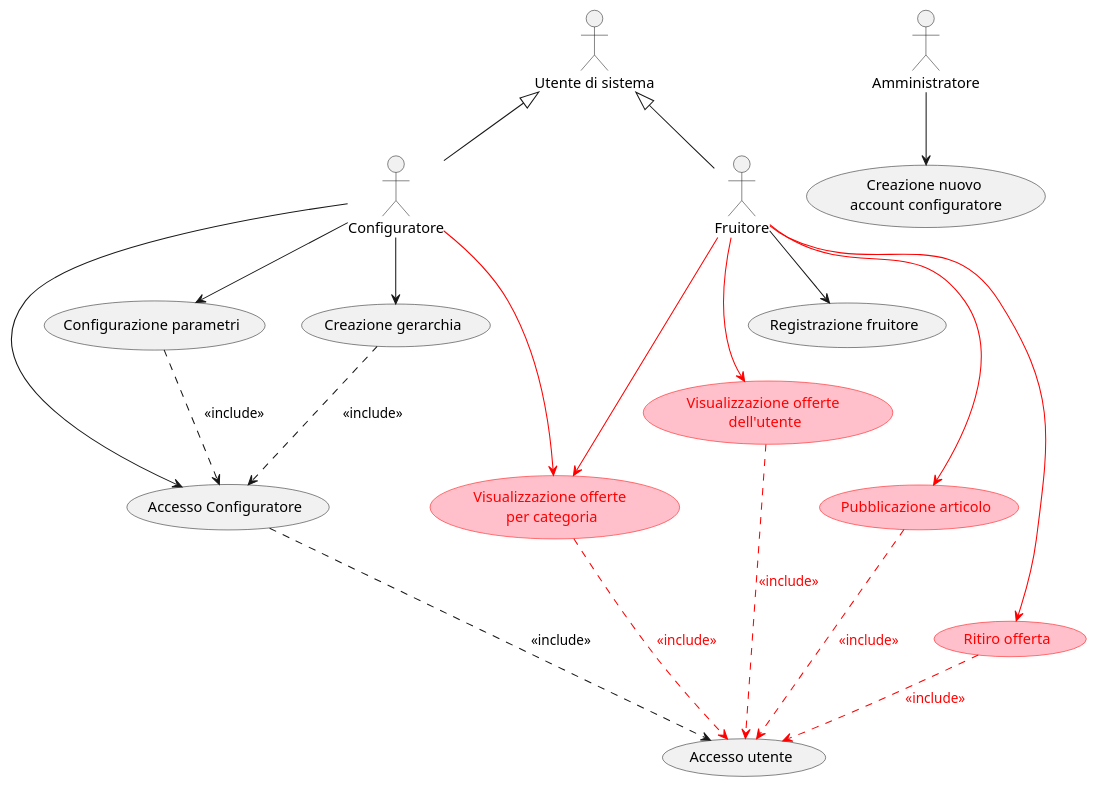
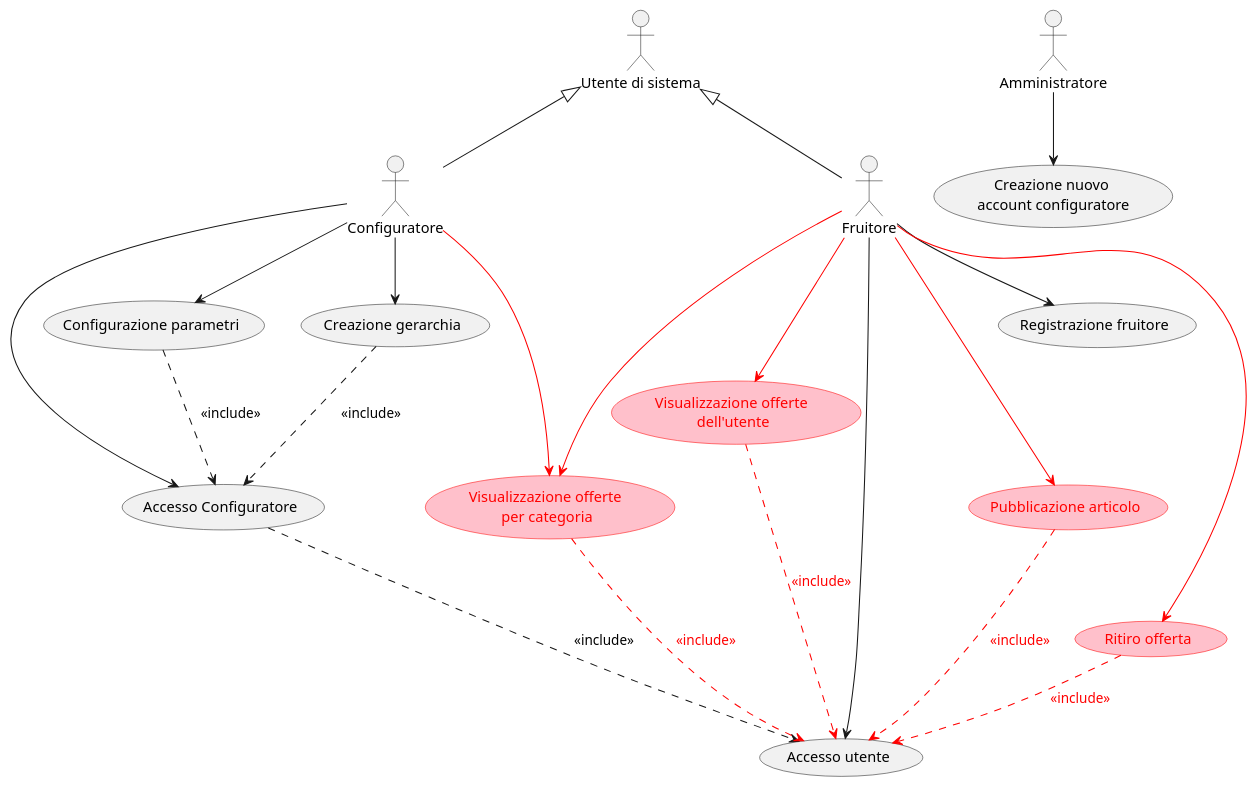
One commit to Matlice/ing_sw_2022 changed the diagram in DOC/VER3/diagrams/use_case/version_3.puml. Above: the diagram before and after it, drawn with PlantUML. The commit also changed 7 other files, not shown here.

```diff
--- a/DOC/VER3/diagrams/use_case/version_3.puml
+++ b/DOC/VER3/diagrams/use_case/version_3.puml
@@ -1,50 +1,51 @@
 @startuml
 
 :Utente di sistema: as user
 :Configuratore: as conf
 :Amministratore: as adm
 
 conf -up-|> user
 conf --> (Accesso Configuratore)
 conf --> (Creazione gerarchia)
 
 adm --> (Creazione nuovo \naccount configuratore)
 
 (Accesso Configuratore) ..> (Accesso utente): <<include>>
 (Creazione gerarchia) ..> (Accesso Configuratore): <<include>>
 
 :Fruitore: as fruit
 
 fruit -up-|> user
 
 (Configurazione parametri)
 (Registrazione fruitore)
 
 conf --> (Configurazione parametri)
 fruit --> (Registrazione fruitore)
+fruit --> (Accesso utente)
 (Configurazione parametri) ..> (Accesso Configuratore) : <<include>>
 
 
 'VERSIONE 3 ==========================================
 
 (Pubblicazione articolo) #pink;line:red;text:red
 (Ritiro offerta) #pink;line:red;text:red
 (Visualizzazione offerte \nper categoria) #pink;line:red;text:red
 (Visualizzazione offerte \ndell'utente) #pink;line:red;text:red
 
 fruit --> (Pubblicazione articolo) #red;text:red
 fruit --> (Ritiro offerta) #red;text:red
 fruit --> (Visualizzazione offerte \nper categoria) #red;text:red
 conf --> (Visualizzazione offerte \nper categoria) #red;text:red
 fruit --> (Visualizzazione offerte \ndell'utente) #red;text:red
 
 (Creazione gerarchia) -[hidden]- (Visualizzazione offerte \nper categoria)
 (Registrazione fruitore) -[hidden]- (Pubblicazione articolo)
 (Pubblicazione articolo) -[hidden]- (Ritiro offerta)
 
 (Visualizzazione offerte \ndell'utente) ..> (Accesso utente) #red;text:red : <<include>>
 (Visualizzazione offerte \nper categoria) ..> (Accesso utente) #red;text:red : <<include>>
 (Ritiro offerta) ..> (Accesso utente) #red;text:red : <<include>>
 (Pubblicazione articolo)  ..> (Accesso utente) #red;text:red : <<include>>
 
 @enduml
```
